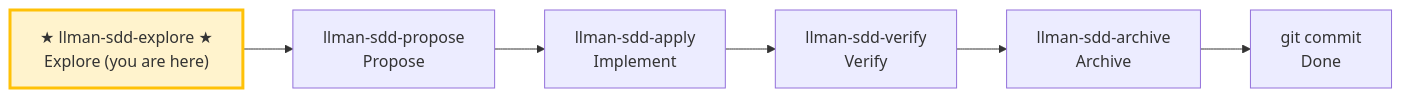
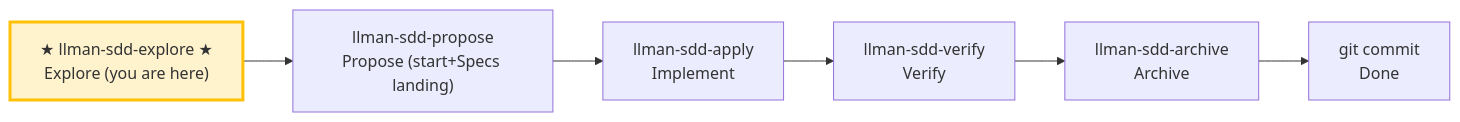
One commit to StrayDragon/llman changed the diagram in templates/sdd/en/skills/llman-sdd-explore.md. Above: the diagram before and after it, drawn with Mermaid. The commit also changed other lines of this file and 24 other files, not shown here.

First line of the commit message:
doc(sdd): hygiene skill templates — drop repo req tags, add git-native mermaid

````diff
--- a/templates/sdd/en/skills/llman-sdd-explore.md
+++ b/templates/sdd/en/skills/llman-sdd-explore.md
@@ -22,11 +22,11 @@
 ```mermaid
 flowchart LR
     explore["★ llman-sdd-explore ★<br/>Explore (you are here)"]
-    explore --> propose["llman-sdd-propose<br/>Propose"]
+    explore --> propose["llman-sdd-propose<br/>Propose (start+Specs landing)"]
     propose --> apply["llman-sdd-apply<br/>Implement"]
     apply --> verify["llman-sdd-verify<br/>Verify"]
     verify --> archive["llman-sdd-archive<br/>Archive"]
     archive --> commit["git commit<br/>Done"]
 
     style explore fill:#fff3cd,stroke:#ffc107,stroke-width:3px
 ```
````
